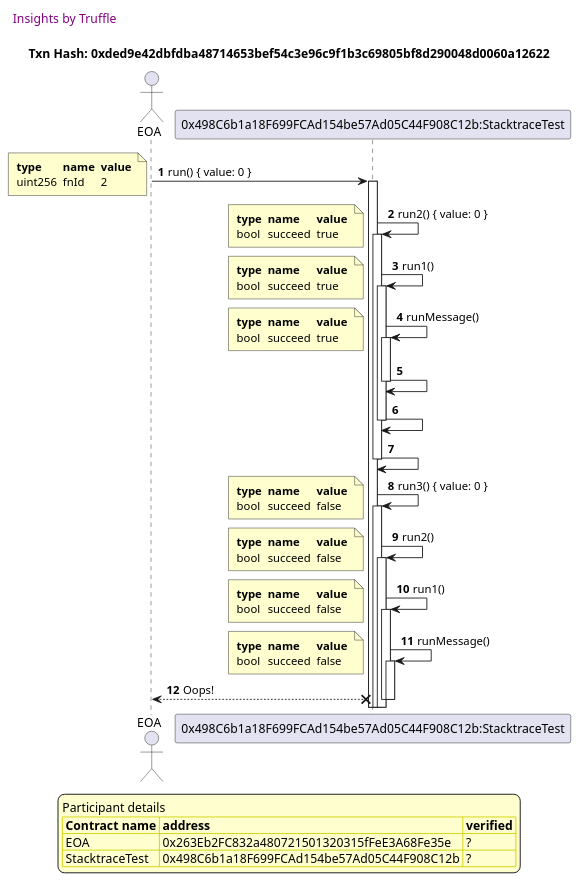
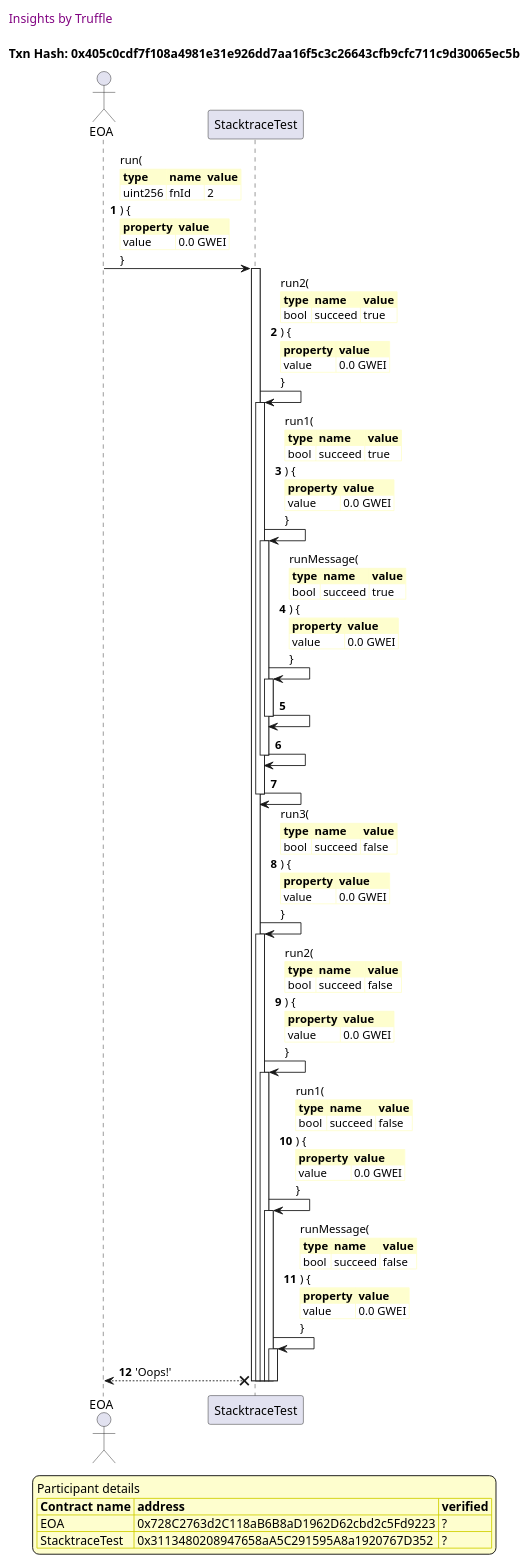
One commit to trufflesuite/txlog-seedlings changed the sixth of 11 diagrams in truffle-seq/stacktrace.test.md. Above: the diagram before and after it, drawn with PlantUML. The commit also changed other lines of this file and 5 other files, not shown here.

````diff
--- a/truffle-seq/stacktrace.test.md
+++ b/truffle-seq/stacktrace.test.md
@@ -301,92 +323,114 @@
 ```plantuml
+
+
 @startuml
 
 autonumber
-
 skinparam legendBackgroundColor #FEFECE
 
 <style>
-
-header {
-  HorizontalAlignment left
-  FontColor purple
-  FontSize 14
-  Padding 10
-}
-
-</style>
-
+      header {
+        HorizontalAlignment left
+        FontColor purple
+        FontSize 14
+        Padding 10
+      }
+    </style>
 
 header Insights by Truffle
 
-title Txn Hash: 0xded9e42dbfdba48714653bef54c3e96c9f1b3c69805bf8d290048d0060a12622
+title Txn Hash: 0x405c0cdf7f108a4981e31e926dd7aa16f5c3c26643cfb9cfc711c9d30065ec5b
+
 
 actor EOA as "EOA"
-participant StacktraceTest_01 as "0x498C6b1a18F699FCAd154be57Ad05C44F908C12b:StacktraceTest"
 
-EOA -> StacktraceTest_01 ++: run() { value: 0 }
-note left #FEFECE
-<#FEFECE,#FEFECE>|= type |= name |= value |
-| uint256 | fnId | 2 |
-end note
+participant StacktraceTest as "StacktraceTest"
 
-StacktraceTest_01 -> StacktraceTest_01 ++: run2() { value: 0 }
-note left #FEFECE
-<#FEFECE,#FEFECE>|= type |= name |= value |
-| bool | succeed | true |
-end note
+"EOA" -> "StacktraceTest" ++: run(\n\
+<#FEFECE,#FEFECE>|= type |= name |= value |\n\
+| uint256 | fnId | 2 |\n\
+) {\n\
+<#FEFECE,#FEFECE>|= property |= value|\n\
+| value | 0.0 GWEI |\n\
+}
 
-StacktraceTest_01 -> StacktraceTest_01 ++: run1() 
-note left #FEFECE
-<#FEFECE,#FEFECE>|= type |= name |= value |
-| bool | succeed | true |
-end note
+"StacktraceTest" -> "StacktraceTest" ++: run2(\n\
+<#FEFECE,#FEFECE>|= type |= name |= value |\n\
+| bool | succeed | true |\n\
+) {\n\
+<#FEFECE,#FEFECE>|= property |= value|\n\
+| value | 0.0 GWEI |\n\
+}
 
-StacktraceTest_01 -> StacktraceTest_01 ++: runMessage() 
-note left #FEFECE
-<#FEFECE,#FEFECE>|= type |= name |= value |
-| bool | succeed | true |
-end note
+"StacktraceTest" -> "StacktraceTest" ++: run1(\n\
+<#FEFECE,#FEFECE>|= type |= name |= value |\n\
+| bool | succeed | true |\n\
+) {\n\
+<#FEFECE,#FEFECE>|= property |= value|\n\
+| value | 0.0 GWEI |\n\
+}
 
-StacktraceTest_01 -> StacktraceTest_01 --: 
-StacktraceTest_01 -> StacktraceTest_01 --: 
-StacktraceTest_01 -> StacktraceTest_01 --: 
-StacktraceTest_01 -> StacktraceTest_01 ++: run3() { value: 0 }
-note left #FEFECE
-<#FEFECE,#FEFECE>|= type |= name |= value |
-| bool | succeed | false |
-end note
+"StacktraceTest" -> "StacktraceTest" ++: runMessage(\n\
+<#FEFECE,#FEFECE>|= type |= name |= value |\n\
+| bool | succeed | true |\n\
+) {\n\
+<#FEFECE,#FEFECE>|= property |= value|\n\
+| value | 0.0 GWEI |\n\
+}
 
-StacktraceTest_01 -> StacktraceTest_01 ++: run2() 
-note left #FEFECE
-<#FEFECE,#FEFECE>|= type |= name |= value |
-| bool | succeed | false |
-end note
+"StacktraceTest" -> "StacktraceTest" --: 
 
-StacktraceTest_01 -> StacktraceTest_01 ++: run1() 
-note left #FEFECE
-<#FEFECE,#FEFECE>|= type |= name |= value |
-| bool | succeed | false |
-end note
+"StacktraceTest" -> "StacktraceTest" --: 
 
-StacktraceTest_01 -> StacktraceTest_01 ++: runMessage() 
-note left #FEFECE
-<#FEFECE,#FEFECE>|= type |= name |= value |
-| bool | succeed | false |
-end note
+"StacktraceTest" -> "StacktraceTest" --: 
 
-StacktraceTest_01 x--> EOA: Oops!
-deactivate StacktraceTest_01
-deactivate StacktraceTest_01
+"StacktraceTest" -> "StacktraceTest" ++: run3(\n\
+<#FEFECE,#FEFECE>|= type |= name |= value |\n\
+| bool | succeed | false |\n\
+) {\n\
+<#FEFECE,#FEFECE>|= property |= value|\n\
+| value | 0.0 GWEI |\n\
+}
+
+"StacktraceTest" -> "StacktraceTest" ++: run2(\n\
+<#FEFECE,#FEFECE>|= type |= name |= value |\n\
+| bool | succeed | false |\n\
+) {\n\
+<#FEFECE,#FEFECE>|= property |= value|\n\
+| value | 0.0 GWEI |\n\
+}
+
+"StacktraceTest" -> "StacktraceTest" ++: run1(\n\
+<#FEFECE,#FEFECE>|= type |= name |= value |\n\
+| bool | succeed | false |\n\
+) {\n\
+<#FEFECE,#FEFECE>|= property |= value|\n\
+| value | 0.0 GWEI |\n\
+}
+
+"StacktraceTest" -> "StacktraceTest" ++: runMessage(\n\
+<#FEFECE,#FEFECE>|= type |= name |= value |\n\
+| bool | succeed | false |\n\
+) {\n\
+<#FEFECE,#FEFECE>|= property |= value|\n\
+| value | 0.0 GWEI |\n\
+}
+
+"StacktraceTest" x--> "EOA" : 'Oops!'
+
+deactivate "StacktraceTest"
+deactivate "StacktraceTest"
+deactivate "StacktraceTest"
+deactivate "StacktraceTest"
+deactivate "StacktraceTest"
 
 
 legend
 Participant details
 <#FEFECE,#D0D000>|= Contract name |= address |= verified |
-<#FEFECE>| EOA | 0x263Eb2FC832a480721501320315fFeE3A68Fe35e | ? |
-<#FEFECE>| StacktraceTest | 0x498C6b1a18F699FCAd154be57Ad05C44F908C12b | ? |
+<#FEFECE>| EOA | 0x728C2763d2C118aB6B8aD1962D62cbd2c5Fd9223 | ? |
+<#FEFECE>| StacktraceTest | 0x3113480208947658aA5C291595A8a1920767D352 | ? |
 endlegend
-
 
 
 @enduml
````
